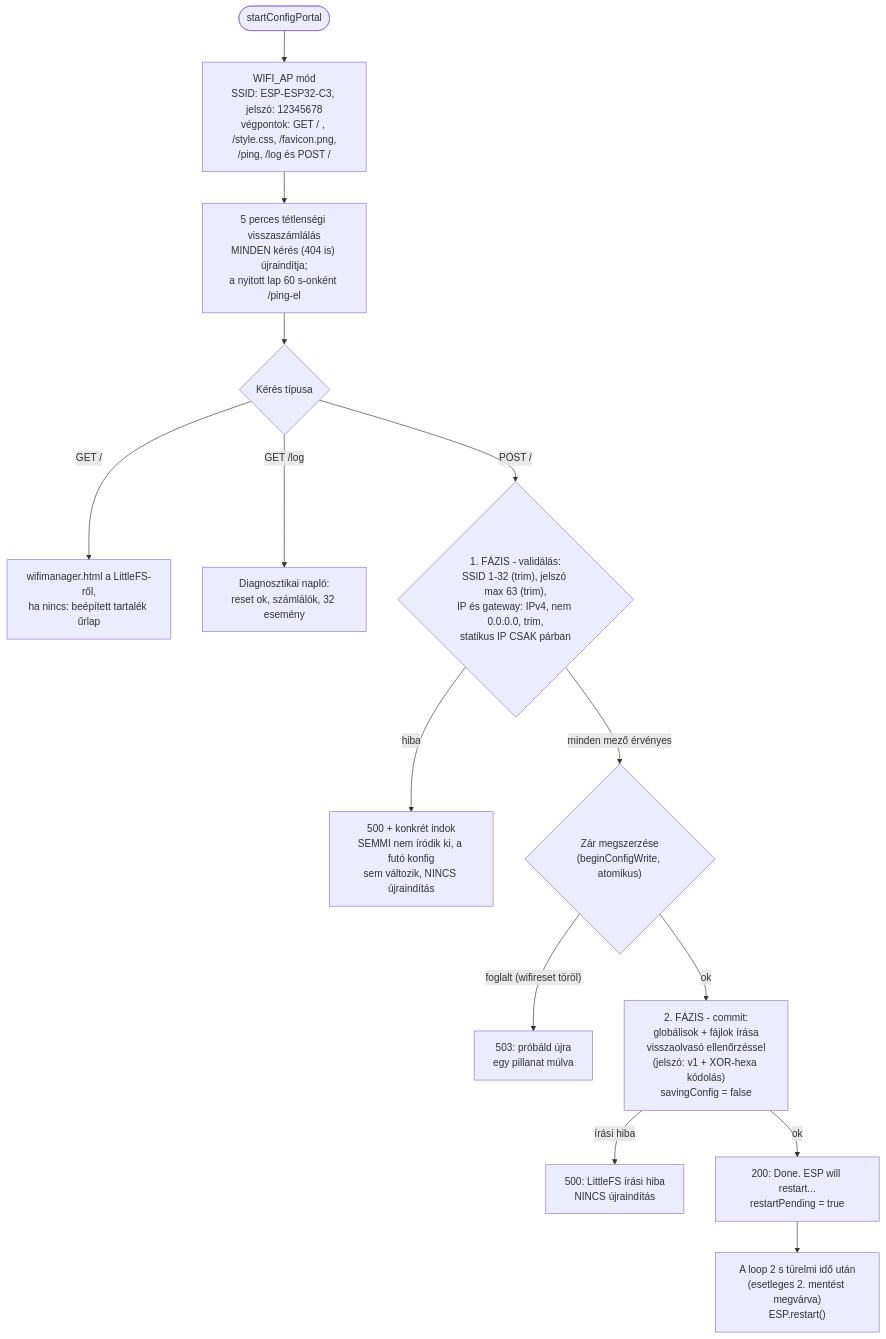
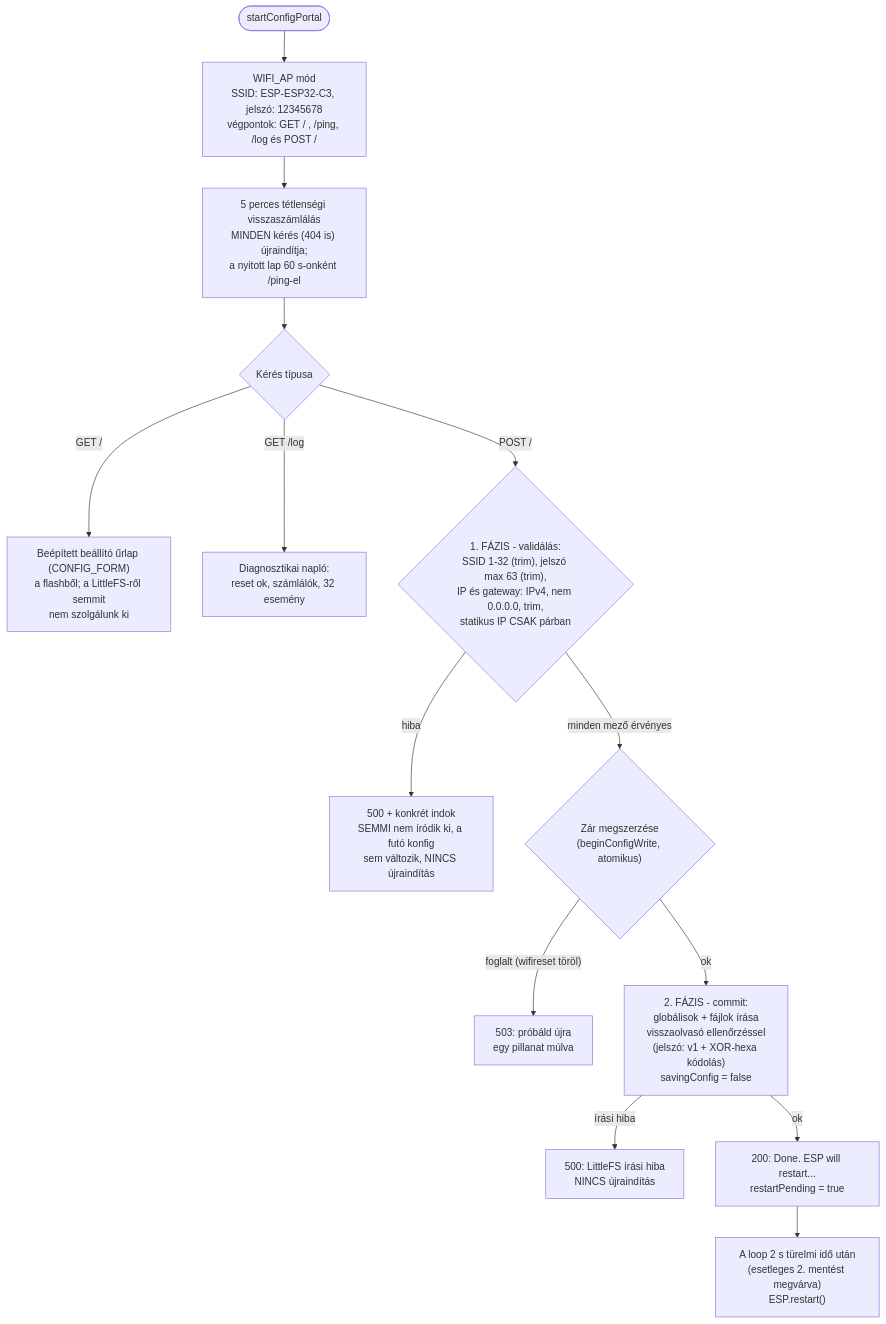
The seventh of 9 diagrams in FOLYAMATABRA.md (manszabi/bazsi-router-reboot), drawn with Mermaid before and after one commit. The commit also changed 7 other files, not shown here.

````diff
--- a/FOLYAMATABRA.md
+++ b/FOLYAMATABRA.md
@@ -192,16 +192,16 @@
 ```mermaid
 flowchart TD
-    IN([startConfigPortal]) --> AP["WIFI_AP mód<br>SSID: ESP-ESP32-C3, jelszó: 12345678<br>végpontok: GET / , /style.css, /favicon.png,<br>/ping, /log és POST /"]
+    IN([startConfigPortal]) --> AP["WIFI_AP mód<br>SSID: ESP-ESP32-C3, jelszó: 12345678<br>végpontok: GET / , /ping, /log és POST /"]
     AP --> IDLE["5 perces tétlenségi visszaszámlálás<br>MINDEN kérés (404 is) újraindítja;<br>a nyitott lap 60 s-onként /ping-el"]
     IDLE --> REQ{Kérés típusa}
-    REQ -->|"GET /"| FORM["wifimanager.html a LittleFS-ről,<br>ha nincs: beépített tartalék űrlap"]
+    REQ -->|"GET /"| FORM["Beépített beállító űrlap (CONFIG_FORM)<br>a flashből; a LittleFS-ről semmit<br>nem szolgálunk ki"]
     REQ -->|"GET /log"| LOG["Diagnosztikai napló:<br>reset ok, számlálók, 32 esemény"]
     REQ -->|"POST /"| VAL{"1. FÁZIS - validálás:<br>SSID 1-32 (trim), jelszó max 63 (trim),<br>IP és gateway: IPv4, nem 0.0.0.0, trim,<br>statikus IP CSAK párban"}
     VAL -->|hiba| E500["500 + konkrét indok<br>SEMMI nem íródik ki, a futó konfig<br>sem változik, NINCS újraindítás"]
     VAL -->|"minden mező érvényes"| LOCK{"Zár megszerzése<br>(beginConfigWrite, atomikus)"}
     LOCK -->|"foglalt (wifireset töröl)"| E503["503: próbáld újra<br>egy pillanat múlva"]
     LOCK -->|ok| SAVE["2. FÁZIS - commit:<br>globálisok + fájlok írása<br>visszaolvasó ellenőrzéssel<br>(jelszó: v1 + XOR-hexa kódolás)<br>savingConfig = false"]
     SAVE -->|"írási hiba"| E500W["500: LittleFS írási hiba<br>NINCS újraindítás"]
     SAVE -->|ok| R200["200: Done. ESP will restart...<br>restartPending = true"]
     R200 --> DEF["A loop 2 s türelmi idő után<br>(esetleges 2. mentést megvárva)<br>ESP.restart()"]
 ```
````
